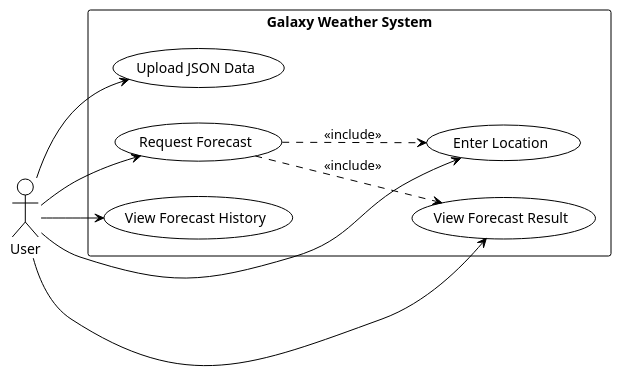
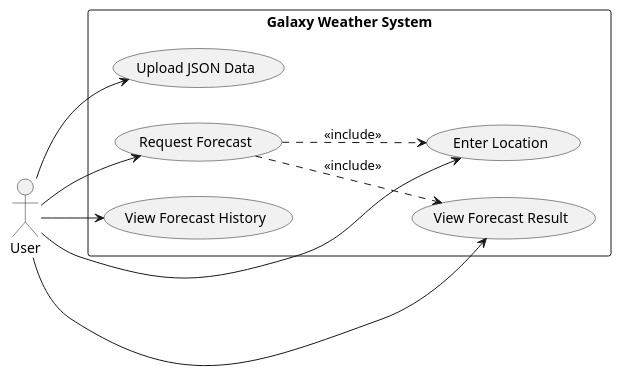
One commit to AASoftIR/kanban changed the diagram in diagrams/01_use_case_diagram.puml. Above: the diagram before and after it, drawn with PlantUML. The commit also changed 25 other files, not shown here.

```diff
--- a/diagrams/01_use_case_diagram.puml
+++ b/diagrams/01_use_case_diagram.puml
@@ -2,26 +2,30 @@
 @startuml UseCase
-!theme plain
+' Rational Rose-like styling (classic UML look)
+skinparam monochrome true
+skinparam shadowing false
+skinparam BackgroundColor white
+skinparam DefaultFontName Arial
+skinparam PackageStyle rectangle
 
 left to right direction
-skinparam packageStyle rectangle
 
 actor User
 
 rectangle "Galaxy Weather System" {
-    usecase "Enter Location" as UC1
-    usecase "Upload JSON Data" as UC2
-    usecase "Request Forecast" as UC3
-    usecase "View Forecast Result" as UC4
-    usecase "View Forecast History" as UC5
+    usecase "Enter Location" as UC_EnterLocation
+    usecase "Upload JSON Data" as UC_UploadJson
+    usecase "Request Forecast" as UC_RequestForecast
+    usecase "View Forecast Result" as UC_ViewForecast
+    usecase "View Forecast History" as UC_ViewHistory
 }
 
-User --> UC1
-User --> UC2
-User --> UC3
-User --> UC4
-User --> UC5
+User --> UC_EnterLocation
+User --> UC_UploadJson
+User --> UC_RequestForecast
+User --> UC_ViewForecast
+User --> UC_ViewHistory
 
-UC3 ..> UC1 : <<include>>
-UC3 ..> UC4 : <<include>>
+UC_RequestForecast ..> UC_EnterLocation : <<include>>
+UC_RequestForecast ..> UC_ViewForecast : <<include>>
 
 @enduml
```
